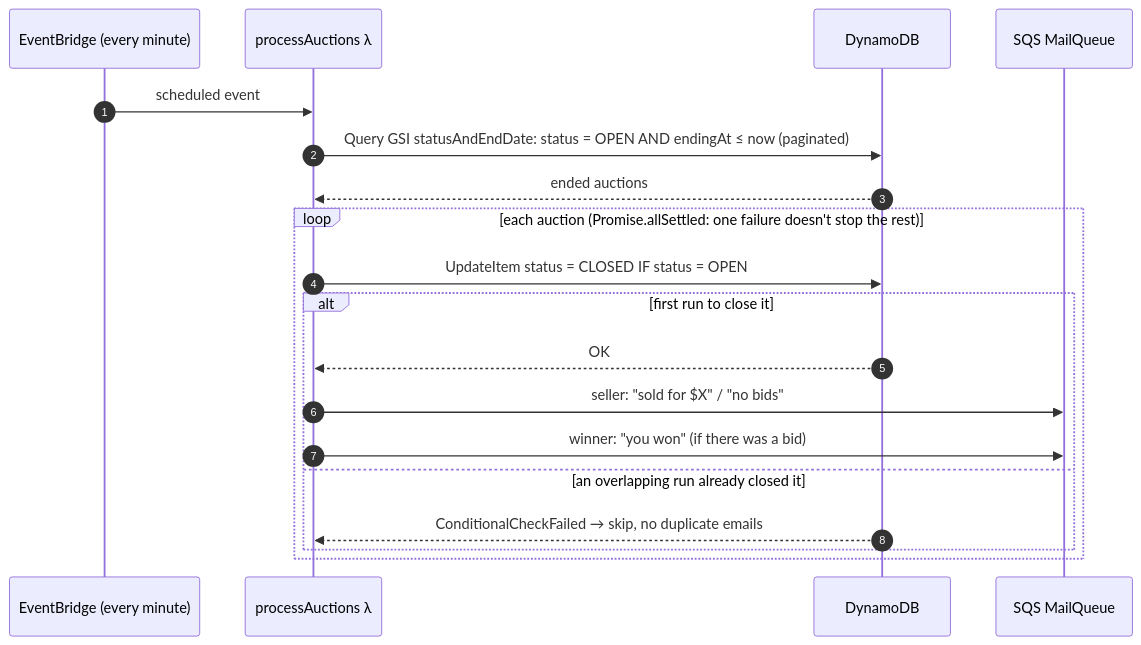
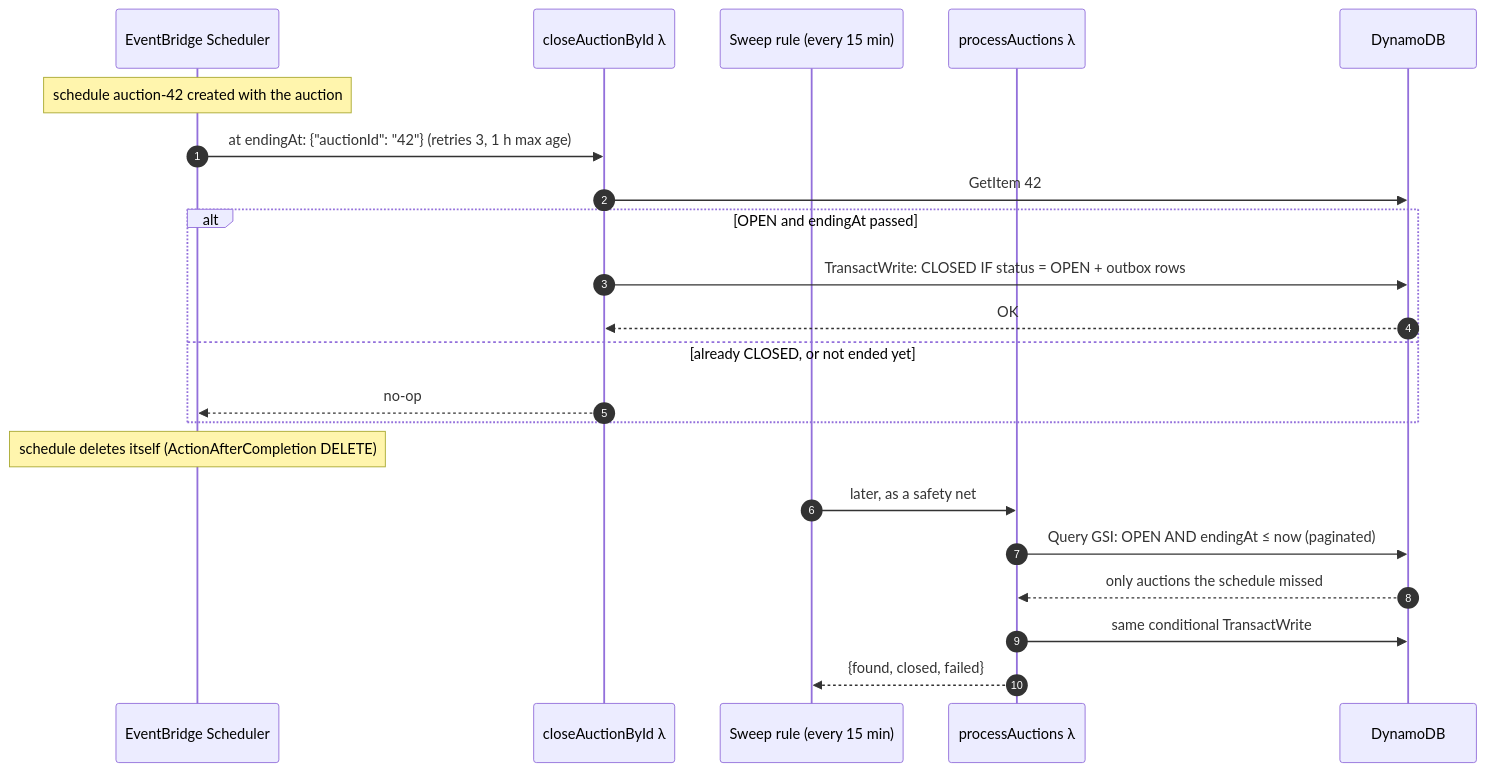
One commit to UchihaIthachi/serverless-auction-platform changed diagram 11 of 22 in docs/architecture.md. Above: the diagram before and after it, drawn with Mermaid. The commit also changed other lines of this file and 36 other files, not shown here.

Commit message:
Outbox + stream relay, per-auction EventBridge Scheduler, throttling, CloudFront OAC, DLQ alarms, paging, OIDC deploy, LocalStack full deploy (13/13), Well-Architected docs

````diff
--- a/docs/architecture.md
+++ b/docs/architecture.md
@@ -54,22 +254,25 @@
 ```mermaid
 sequenceDiagram
   autonumber
-  participant E as EventBridge (every minute)
+  participant S as EventBridge Scheduler
+  participant C as closeAuctionById λ
+  participant E as Sweep rule (every 15 min)
   participant P as processAuctions λ
   participant D as DynamoDB
-  participant Q as SQS MailQueue
 
-  E->>P: scheduled event
-  P->>D: Query GSI statusAndEndDate: status = OPEN AND endingAt ≤ now (paginated)
-  D-->>P: ended auctions
-  loop each auction (Promise.allSettled: one failure doesn't stop the rest)
-    P->>D: UpdateItem status = CLOSED IF status = OPEN
-    alt first run to close it
-      D-->>P: OK
-      P->>Q: seller: "sold for $X" / "no bids"
-      P->>Q: winner: "you won" (if there was a bid)
-    else an overlapping run already closed it
-      D-->>P: ConditionalCheckFailed → skip, no duplicate emails
-    end
+  Note over S: schedule auction-42 created with the auction
+  S->>C: at endingAt: {"auctionId": "42"} (retries 3, 1 h max age)
+  C->>D: GetItem 42
+  alt OPEN and endingAt passed
+    C->>D: TransactWrite: CLOSED IF status = OPEN + outbox rows
+    D-->>C: OK
+  else already CLOSED, or not ended yet
+    C-->>S: no-op
   end
+  Note over S: schedule deletes itself (ActionAfterCompletion DELETE)
+  E->>P: later, as a safety net
+  P->>D: Query GSI: OPEN AND endingAt ≤ now (paginated)
+  D-->>P: only auctions the schedule missed
+  P->>D: same conditional TransactWrite
+  P-->>E: {found, closed, failed}
 ```
````
